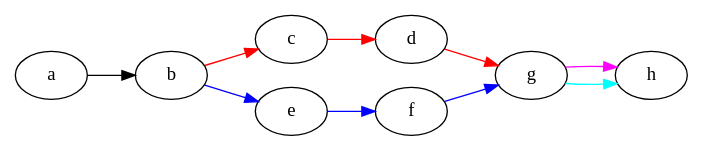
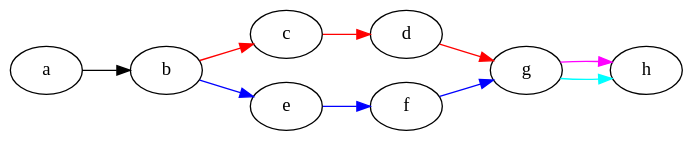
Before and after one commit to maxfischer2781/chainlet: the diagram in docs/source/async.rst, drawn with Graphviz. The commit also changed 2 other files, not shown here.

Commit message:
[docs] added transparency to all graphs

```diff
--- a/docs/source/async.rst
+++ b/docs/source/async.rst
@@ -32,10 +32,10 @@
 .. graphviz::
 
     digraph graphname {
-        graph [rankdir=LR, splines=lines]
+        graph [rankdir=LR, splines=lines, bgcolor="transparent"]
         a -> b
         b -> c -> d -> g [color=red]
         b -> e -> f -> g [color=blue]
         g -> h [color=cyan]
         g -> h [color=magenta]
     }
```
